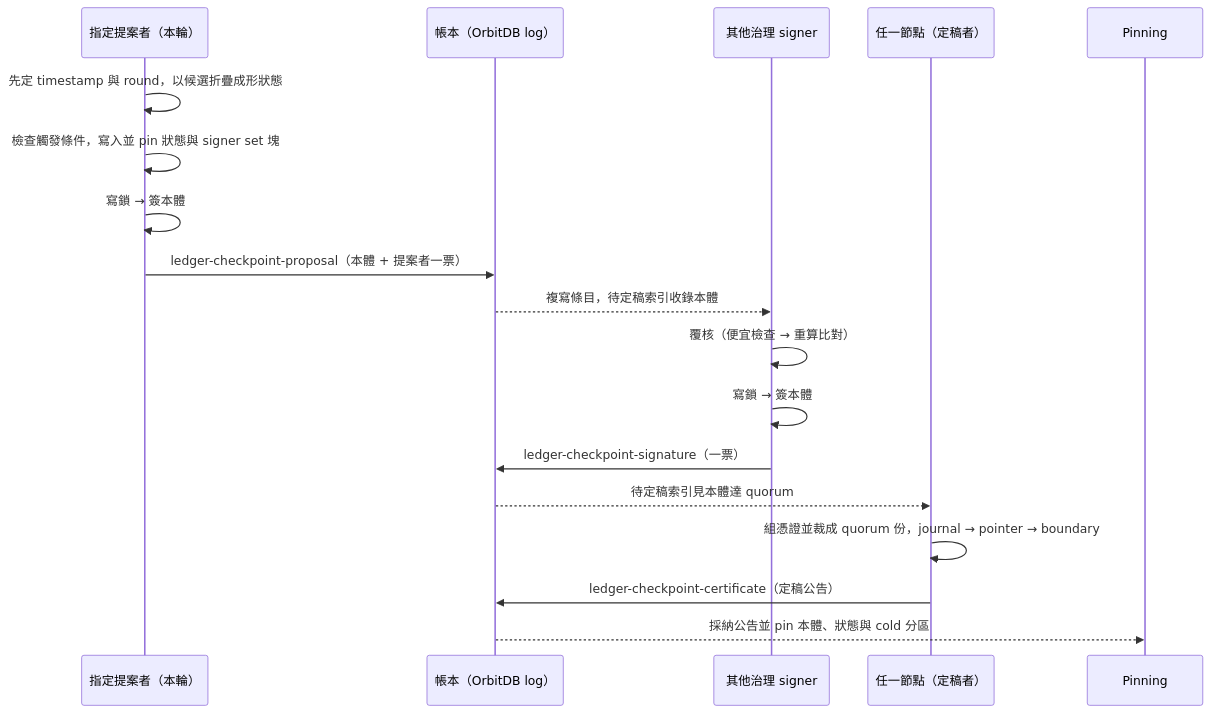
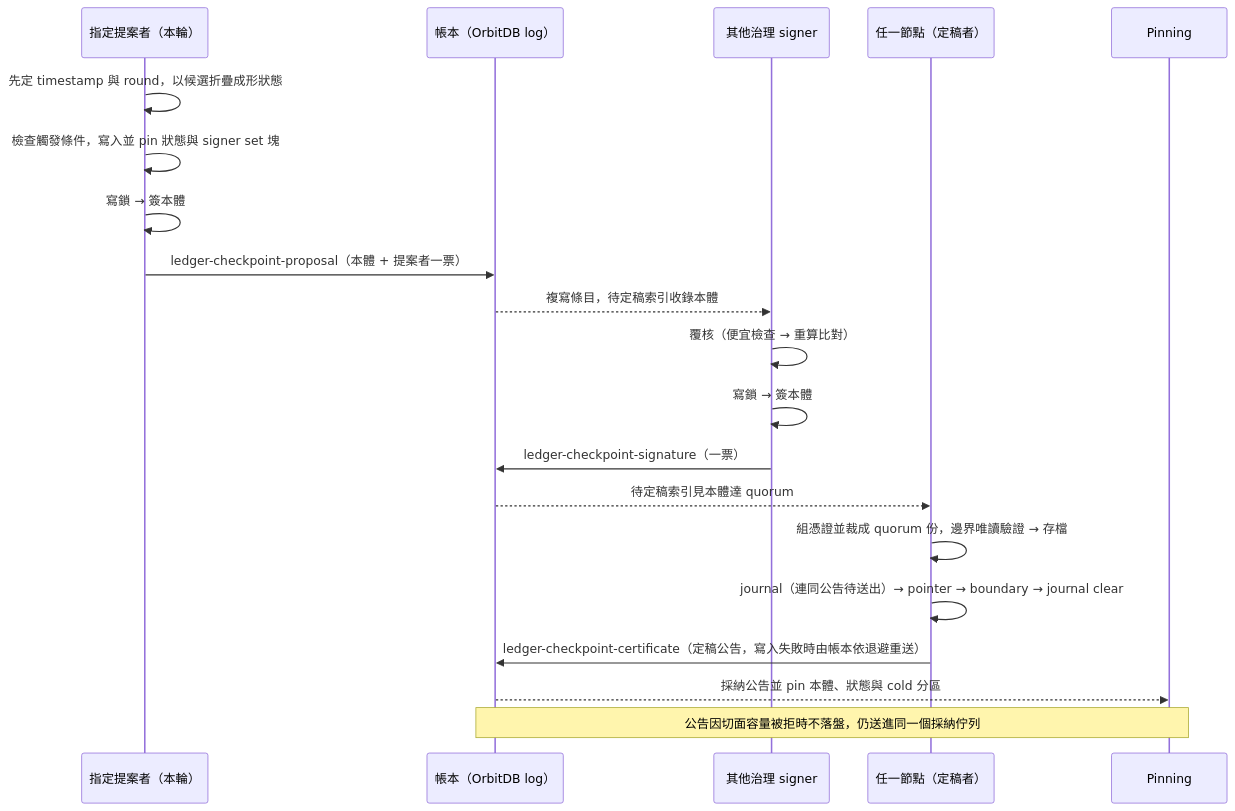
Before and after one commit to xjustloveux/open-4wd-specs: the third of 8 diagrams in 程式架構/程式流程/ledger.md, drawn with Mermaid. The commit also changed other lines of this file and 22 other files, not shown here.

````diff
--- a/程式架構/程式流程/ledger.md
+++ b/程式架構/程式流程/ledger.md
@@ -70,21 +70,23 @@
 ```mermaid
 sequenceDiagram
     participant A as 指定提案者（本輪）
     participant L as 帳本（OrbitDB log）
     participant B as 其他治理 signer
     participant F as 任一節點（定稿者）
     participant P as Pinning
 
     A->>A: 先定 timestamp 與 round，以候選折疊成形狀態
     A->>A: 檢查觸發條件，寫入並 pin 狀態與 signer set 塊
     A->>A: 寫鎖 → 簽本體
     A->>L: ledger-checkpoint-proposal（本體 + 提案者一票）
     L-->>B: 複寫條目，待定稿索引收錄本體
     B->>B: 覆核（便宜檢查 → 重算比對）
     B->>B: 寫鎖 → 簽本體
     B->>L: ledger-checkpoint-signature（一票）
     L-->>F: 待定稿索引見本體達 quorum
-    F->>F: 組憑證並裁成 quorum 份，journal → pointer → boundary
-    F->>L: ledger-checkpoint-certificate（定稿公告）
+    F->>F: 組憑證並裁成 quorum 份，邊界唯讀驗證 → 存檔
+    F->>F: journal（連同公告待送出）→ pointer → boundary → journal clear
+    F->>L: ledger-checkpoint-certificate（定稿公告，寫入失敗時由帳本依退避重送）
     L-->>P: 採納公告並 pin 本體、狀態與 cold 分區
+    Note over L,P: 公告因切面容量被拒時不落盤，仍送進同一個採納佇列
 ```
````
